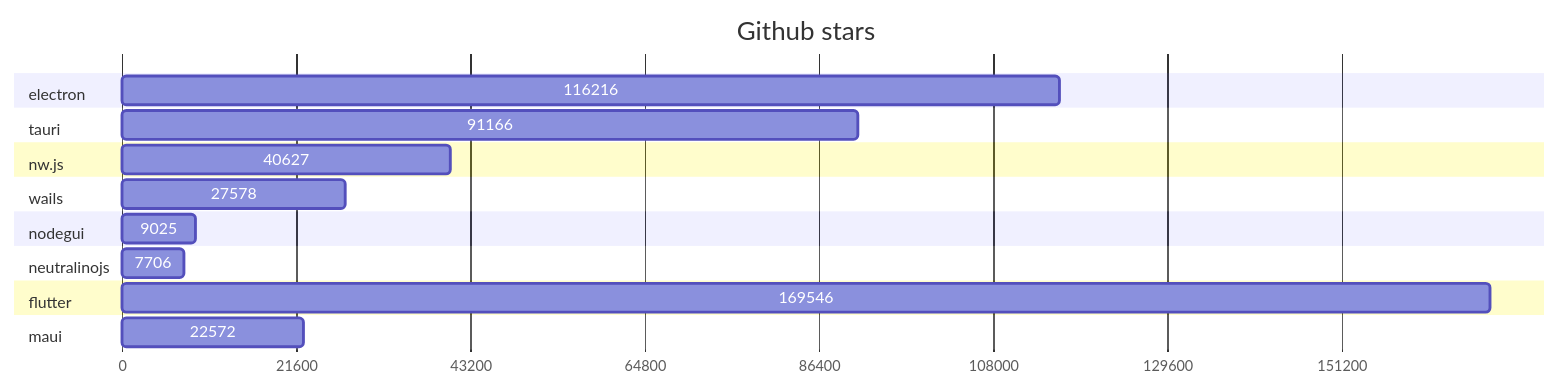
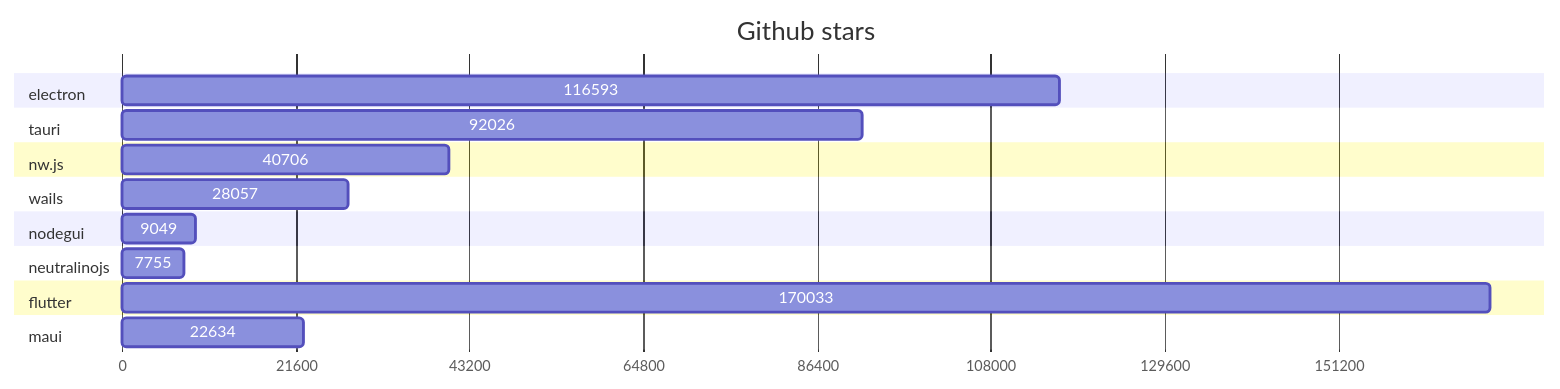
The first of 2 diagrams in GRAPHS.md (Elanis/web-to-desktop-framework-comparison), drawn with Mermaid before and after one commit. The commit also changed other lines of this file and 2 other files, not shown here.

Commit message:
Update stars & Fork

````diff
--- a/GRAPHS.md
+++ b/GRAPHS.md
@@ -5,40 +5,40 @@
 ```mermaid
 gantt
     title Github stars
     dateFormat  X
     axisFormat %s
 
 
 	section electron
-	116216 : 0, 116216
+	116593 : 0, 116593
 
 	
 	section tauri
-	91166 : 0, 91166
+	92026 : 0, 92026
 
 	
 	section nw.js
-	40627 : 0, 40627
+	40706 : 0, 40706
 
 	
 	section wails
-	27578 : 0, 27578
+	28057 : 0, 28057
 
 	
 	section nodegui
-	9025 : 0, 9025
+	9049 : 0, 9049
 
 	
 	section neutralinojs
-	7706 : 0, 7706
+	7755 : 0, 7755
 
 	
 	section flutter
-	169546 : 0, 169546
+	170033 : 0, 170033
 
 	
 	section maui
-	22572 : 0, 22572
+	22634 : 0, 22634
 
 	
 ```
````
